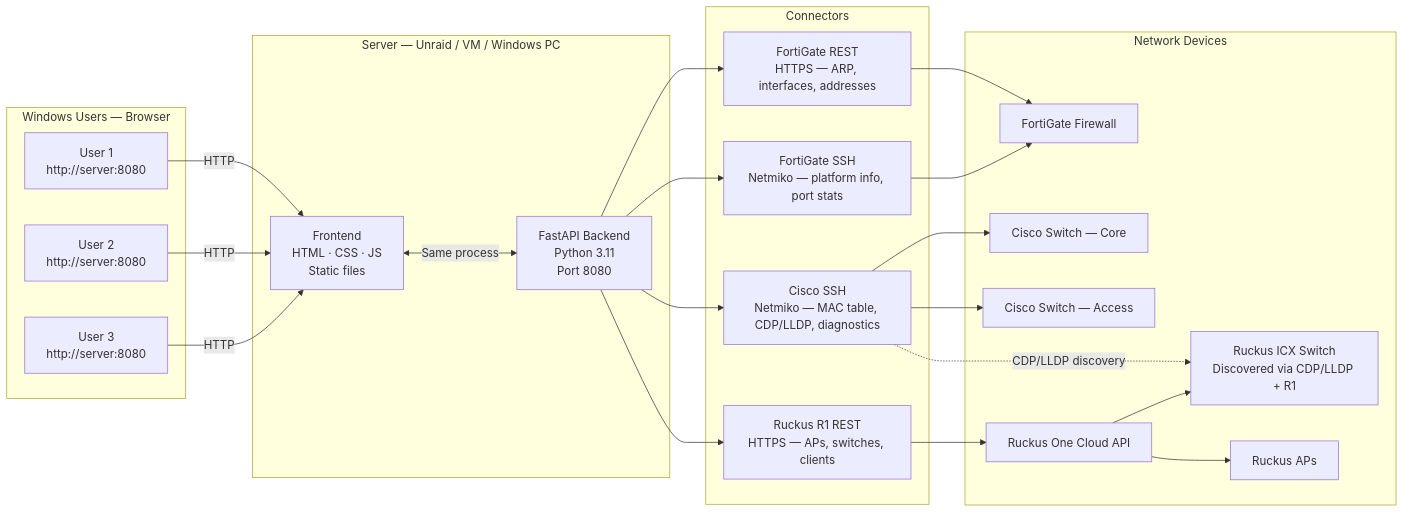
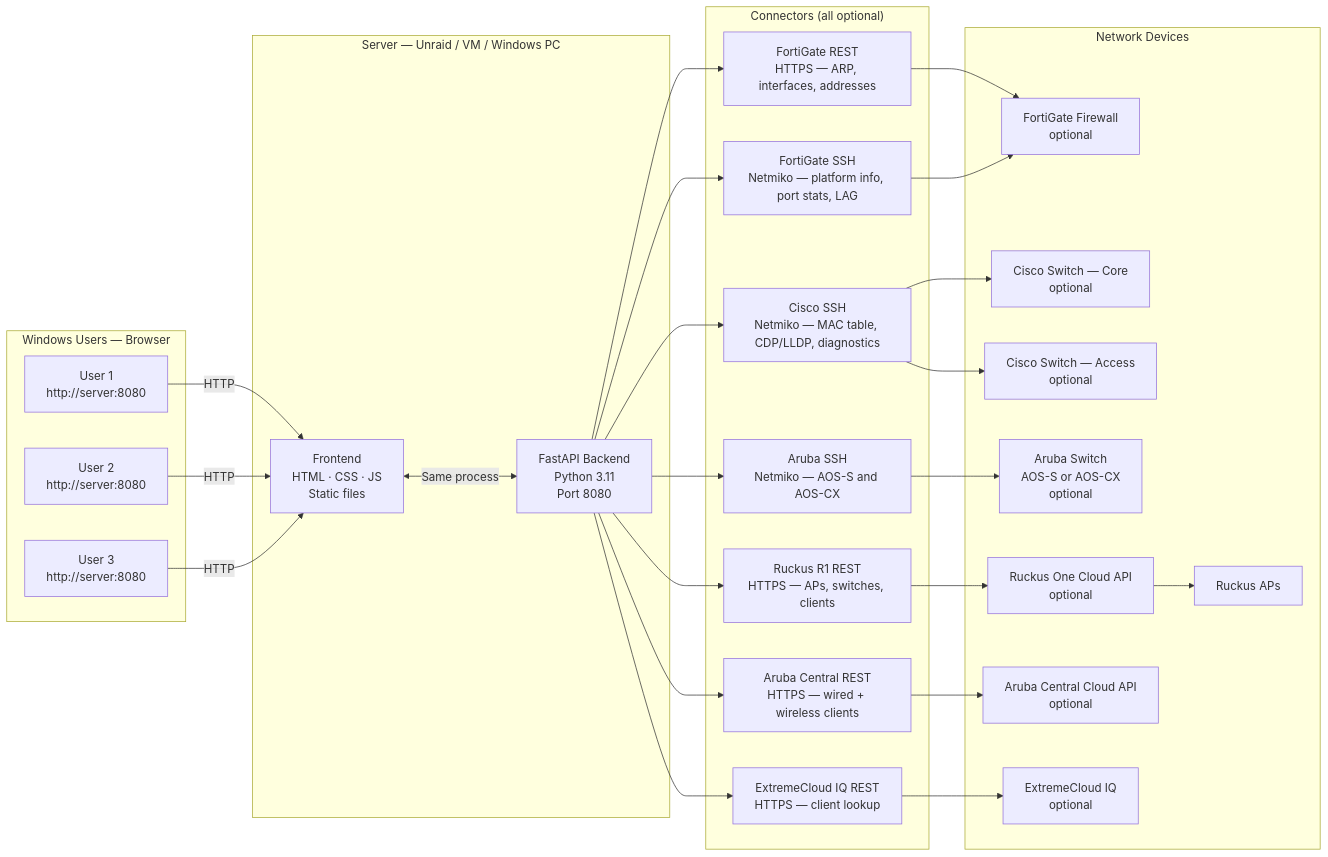
The second of 3 diagrams in README.md (ivillagomez/netinspect), drawn with Mermaid before and after one commit. The commit also changed other lines of this file and 11 other files, not shown here.

````diff
--- a/README.md
+++ b/README.md
@@ -86,36 +113,43 @@
 ```mermaid
 flowchart LR
     subgraph Users["Windows Users — Browser"]
         U1[User 1\nhttp://server:8080]
         U2[User 2\nhttp://server:8080]
         U3[User 3\nhttp://server:8080]
     end
 
     subgraph Server["Server — Unraid / VM / Windows PC"]
         FE[Frontend\nHTML · CSS · JS\nStatic files]
         API[FastAPI Backend\nPython 3.11\nPort 8080]
         FE <-->|Same process| API
     end
 
-    subgraph Connectors["Connectors"]
+    subgraph Connectors["Connectors (all optional)"]
         FGC[FortiGate REST\nHTTPS — ARP, interfaces, addresses]
-        FGSSH[FortiGate SSH\nNetmiko — platform info, port stats]
+        FGSSH[FortiGate SSH\nNetmiko — platform info, port stats, LAG]
         CISCO[Cisco SSH\nNetmiko — MAC table, CDP/LLDP, diagnostics]
+        ARUBA[Aruba SSH\nNetmiko — AOS-S and AOS-CX]
         R1C[Ruckus R1 REST\nHTTPS — APs, switches, clients]
+        AC[Aruba Central REST\nHTTPS — wired + wireless clients]
+        XIQ[ExtremeCloud IQ REST\nHTTPS — client lookup]
     end
 
     subgraph Network["Network Devices"]
-        FG[FortiGate Firewall]
-        SW1[Cisco Switch — Core]
-        SW2[Cisco Switch — Access]
-        RKSW[Ruckus ICX Switch\nDiscovered via CDP/LLDP + R1]
-        R1[Ruckus One Cloud API]
+        FG[FortiGate Firewall\noptional]
+        SW1[Cisco Switch — Core\noptional]
+        SW2[Cisco Switch — Access\noptional]
+        ARSW[Aruba Switch\nAOS-S or AOS-CX\noptional]
+        R1[Ruckus One Cloud API\noptional]
         APS[Ruckus APs]
+        ACN[Aruba Central Cloud API\noptional]
+        XIQN[ExtremeCloud IQ\noptional]
     end
 
     U1 & U2 & U3 -->|HTTP| FE
     API --> FGC & FGSSH --> FG
     API --> CISCO --> SW1 & SW2
-    CISCO -.->|CDP/LLDP discovery| RKSW
-    API --> R1C --> R1 --> APS & RKSW
+    API --> ARUBA --> ARSW
+    API --> R1C --> R1 --> APS
+    API --> AC --> ACN
+    API --> XIQ --> XIQN
 ```
````
